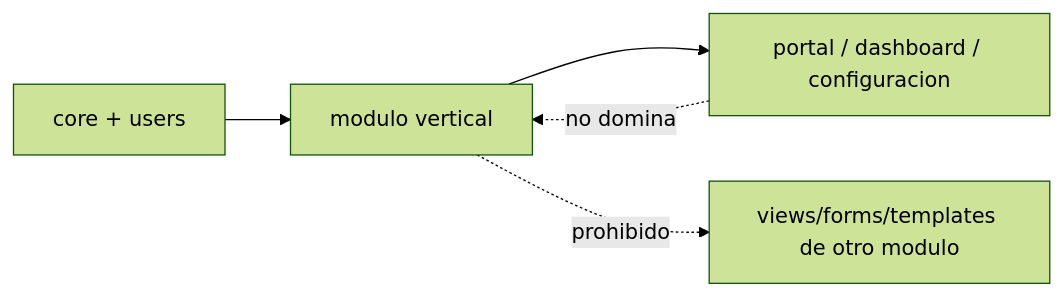
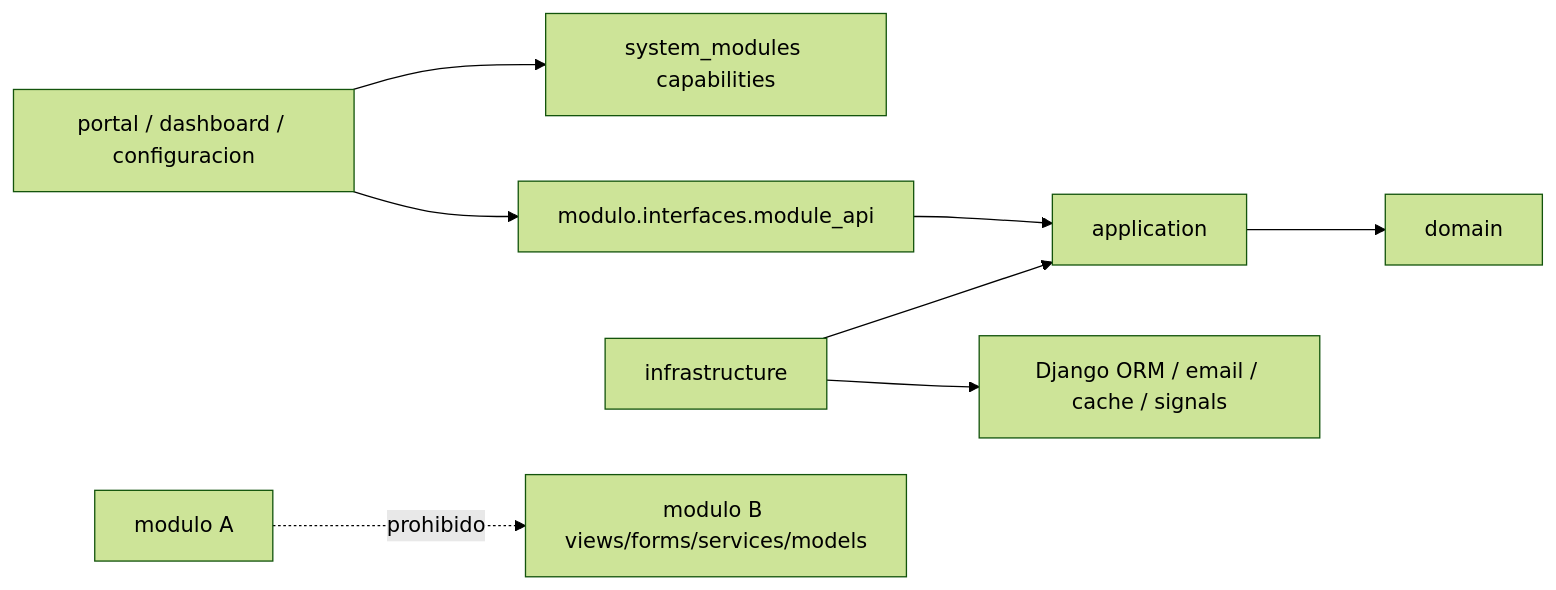
The diagram in docs/team/reglas-arquitectura-modular.md (Mkdir-arg/SistemSo), drawn with Mermaid (forest theme) before and after one commit. The commit also changed other lines of this file and 307 other files, not shown here.

````diff
--- a/docs/team/reglas-arquitectura-modular.md
+++ b/docs/team/reglas-arquitectura-modular.md
@@ -5,7 +5,10 @@
 ```mermaid
 flowchart LR
-  shared["core + users"] --> modulo["modulo vertical"]
-  modulo --> shell["portal / dashboard / configuracion"]
-  shell -. no domina .-> modulo
-  modulo -. prohibido .-> otherViews["views/forms/templates de otro modulo"]
+  shell["portal / dashboard / configuracion"] --> catalogo["system_modules capabilities"]
+  shell --> publicApi["modulo.interfaces.module_api"]
+  publicApi --> application["application"]
+  application --> domain["domain"]
+  infrastructure["infrastructure"] --> application
+  infrastructure --> orm["Django ORM / email / cache / signals"]
+  modulo["modulo A"] -. prohibido .-> otherViews["modulo B views/forms/services/models"]
 ```
````
